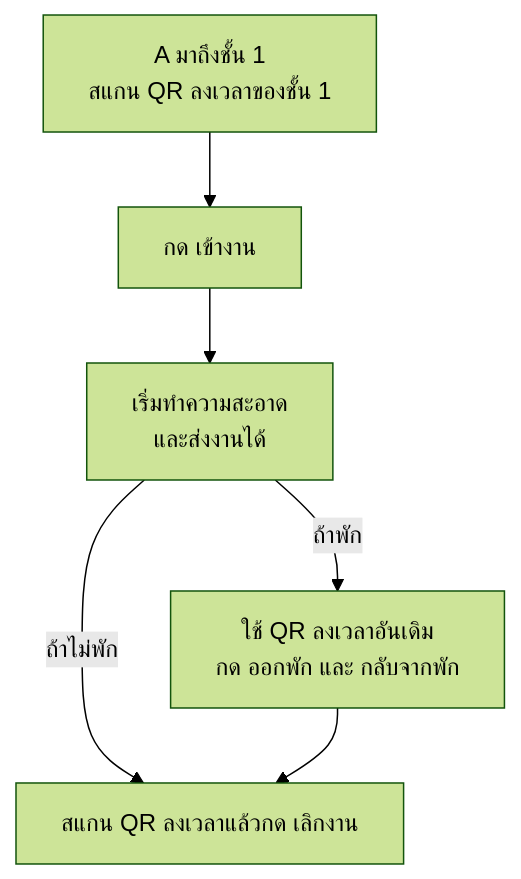
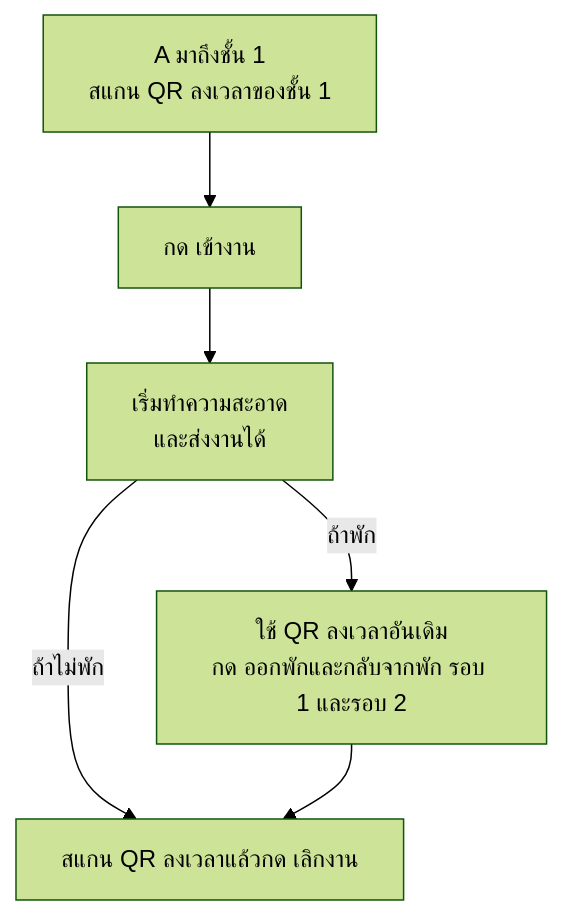
Before and after one commit to ThodsaphonSonthiphin/Facility-Real-time-dashboard: the second of 7 diagrams in docs/role-workflows.md, drawn with Mermaid (forest theme). The commit also changed other lines of this file and 138 other files, not shown here.

````diff
--- a/docs/role-workflows.md
+++ b/docs/role-workflows.md
@@ -30,8 +30,8 @@
 ```mermaid
 flowchart TD
     A["A มาถึงชั้น 1<br/>สแกน QR ลงเวลาของชั้น 1"] --> B["กด เข้างาน"]
     B --> C["เริ่มทำความสะอาด<br/>และส่งงานได้"]
-    C -->|"ถ้าพัก"| D["ใช้ QR ลงเวลาอันเดิม<br/>กด ออกพัก และ กลับจากพัก"]
+    C -->|"ถ้าพัก"| D["ใช้ QR ลงเวลาอันเดิม<br/>กด ออกพักและกลับจากพัก รอบ 1 และรอบ 2"]
     C -->|"ถ้าไม่พัก"| E["สแกน QR ลงเวลาแล้วกด เลิกงาน"]
     D --> E
 ```
````
